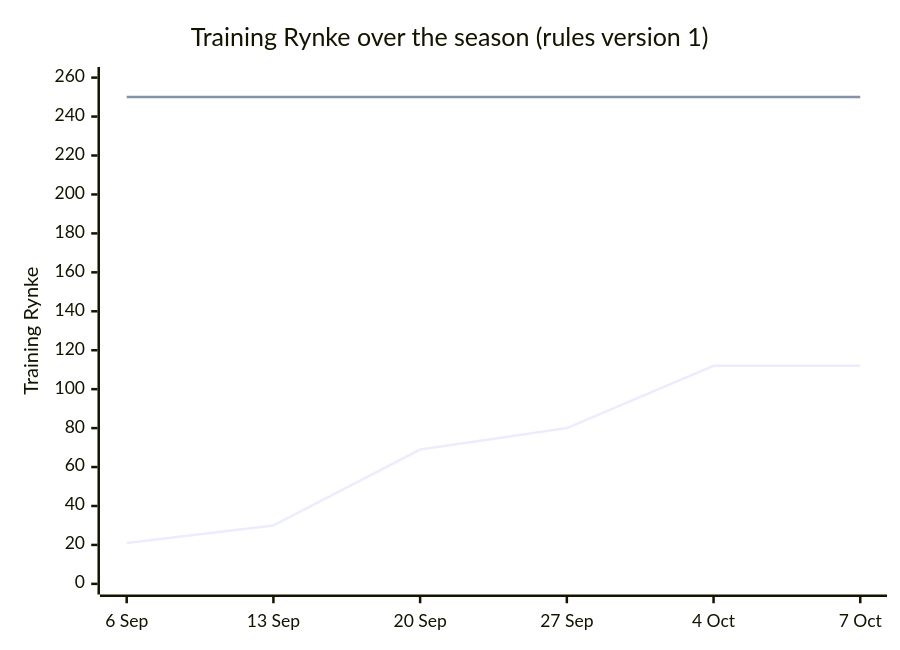
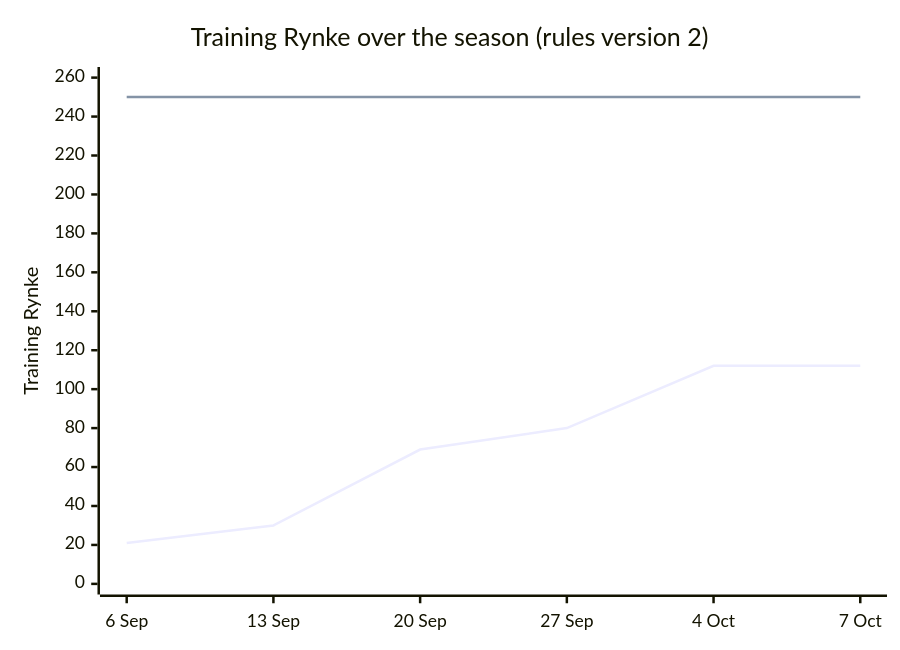
One commit to SaSteffen/RynkePoints changed the eighth of 9 diagrams in specs/009-rider-progress-charts/spec.md. Above: the diagram before and after it, drawn with Mermaid. The commit also changed other lines of this file and 5 other files, not shown here.

First line of the commit message:
docs: apply /speckit-analyze findings to rider progress charts

````diff
--- a/specs/009-rider-progress-charts/spec.md
+++ b/specs/009-rider-progress-charts/spec.md
@@ -719,8 +730,8 @@
 ```mermaid
 xychart-beta
-    title "Training Rynke over the season (rules version 1)"
+    title "Training Rynke over the season (rules version 2)"
     x-axis ["6 Sep", "13 Sep", "20 Sep", "27 Sep", "4 Oct", "7 Oct"]
     y-axis "Training Rynke" 0 --> 260
     line [21, 30, 69, 80, 112, 112]
     line [250, 250, 250, 250, 250, 250]
 ```
````
